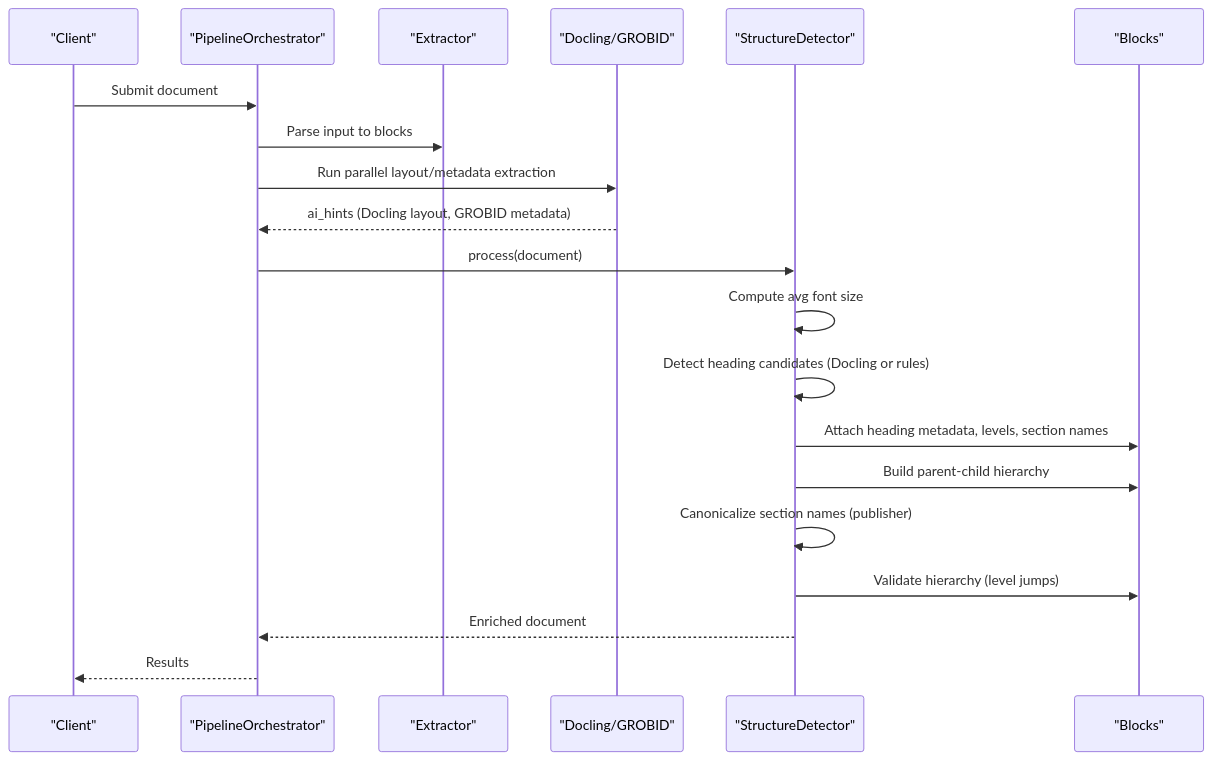
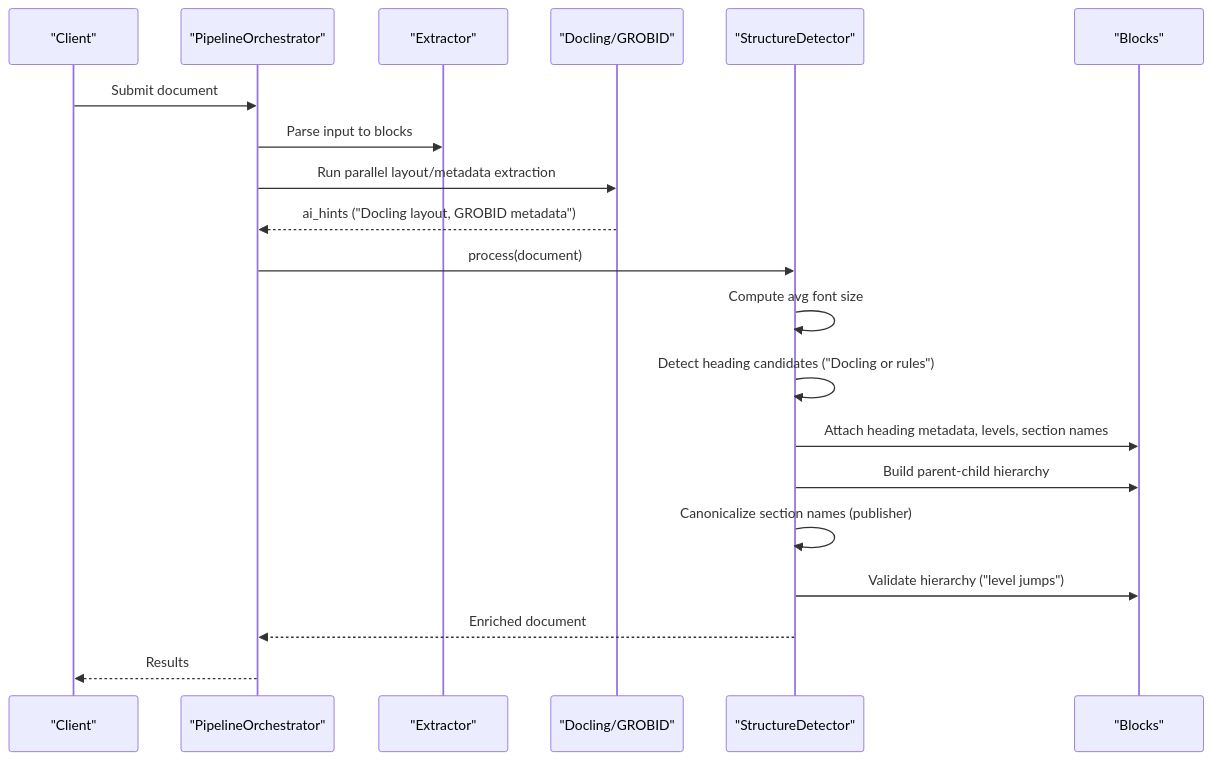
The second of 8 diagrams in docs/docs/knowledge/Pipeline Processing/Structure Detection.md (rohitkumarnaidu/ScholarFormAI), drawn with Mermaid before and after one commit. The commit also changed other lines of this file and 611 other files, not shown here.

````diff
--- a/docs/docs/knowledge/Pipeline Processing/Structure Detection.md
+++ b/docs/docs/knowledge/Pipeline Processing/Structure Detection.md
@@ -114,22 +114,22 @@
 ```mermaid
 sequenceDiagram
 participant User as "Client"
 participant Orchestrator as "PipelineOrchestrator"
 participant Extract as "Extractor"
 participant AI as "Docling/GROBID"
 participant SD as "StructureDetector"
 participant Blocks as "Blocks"
 User->>Orchestrator : Submit document
 Orchestrator->>Extract : Parse input to blocks
 Orchestrator->>AI : Run parallel layout/metadata extraction
-AI-->>Orchestrator : ai_hints (Docling layout, GROBID metadata)
+AI-->>Orchestrator : ai_hints ("Docling layout, GROBID metadata")
 Orchestrator->>SD : process(document)
 SD->>SD : Compute avg font size
-SD->>SD : Detect heading candidates (Docling or rules)
+SD->>SD : Detect heading candidates ("Docling or rules")
 SD->>Blocks : Attach heading metadata, levels, section names
 SD->>Blocks : Build parent-child hierarchy
 SD->>SD : Canonicalize section names (publisher)
-SD->>Blocks : Validate hierarchy (level jumps)
+SD->>Blocks : Validate hierarchy ("level jumps")
 SD-->>Orchestrator : Enriched document
 Orchestrator-->>User : Results
 ```
````
